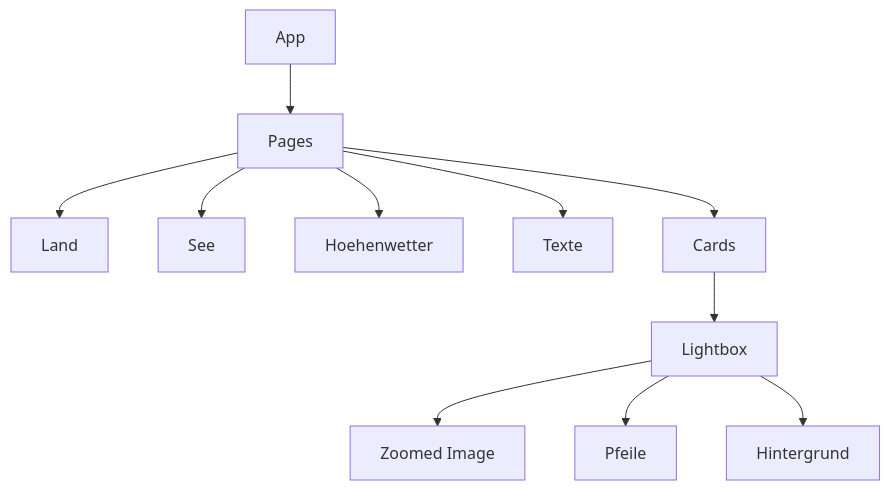
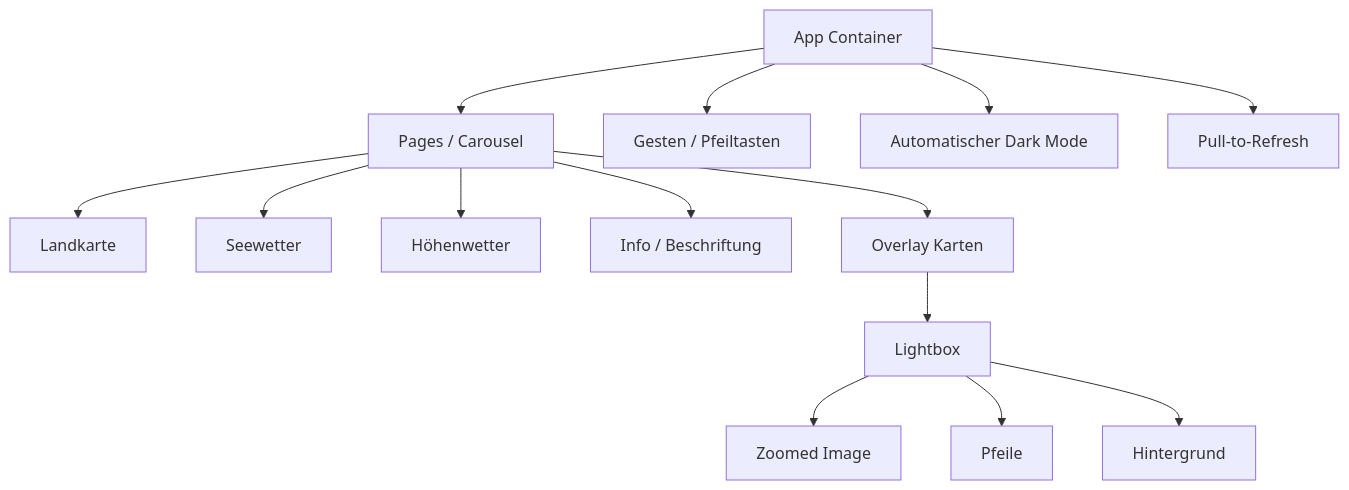
One commit to w465jt7pm9-cpu/dwd-dashboard changed the diagram in docs/UI-Struktur.md. Above: the diagram before and after it, drawn with Mermaid. The commit also changed other lines of this file and 2 other files, not shown here.

Commit message:
Update architecture and docs for current release

````diff
--- a/docs/UI-Struktur.md
+++ b/docs/UI-Struktur.md
@@ -3,13 +5,16 @@
 ```mermaid
 flowchart TD
-  App --> Pages
-  Pages --> Land
-  Pages --> See
-  Pages --> Hoehenwetter
-  Pages --> Texte
-  Pages --> Cards
-  Cards --> Lightbox
+  App[App Container] --> Pages[Pages / Carousel]
+  Pages --> Land[Landkarte]
+  Pages --> See[Seewetter]
+  Pages --> Hoehenwetter[Höhenwetter]
+  Pages --> Texte[Info / Beschriftung]
+  Pages --> Cards[Overlay Karten]
+  Cards --> Lightbox[Lightbox]
   Lightbox --> Image[Zoomed Image]
   Lightbox --> Arrows[Pfeile]
   Lightbox --> Overlay[Hintergrund]
+  App --> Gestures[Gesten / Pfeiltasten]
+  App --> Theme[Automatischer Dark Mode]
+  App --> Refresh[Pull-to-Refresh]
 ```
````
